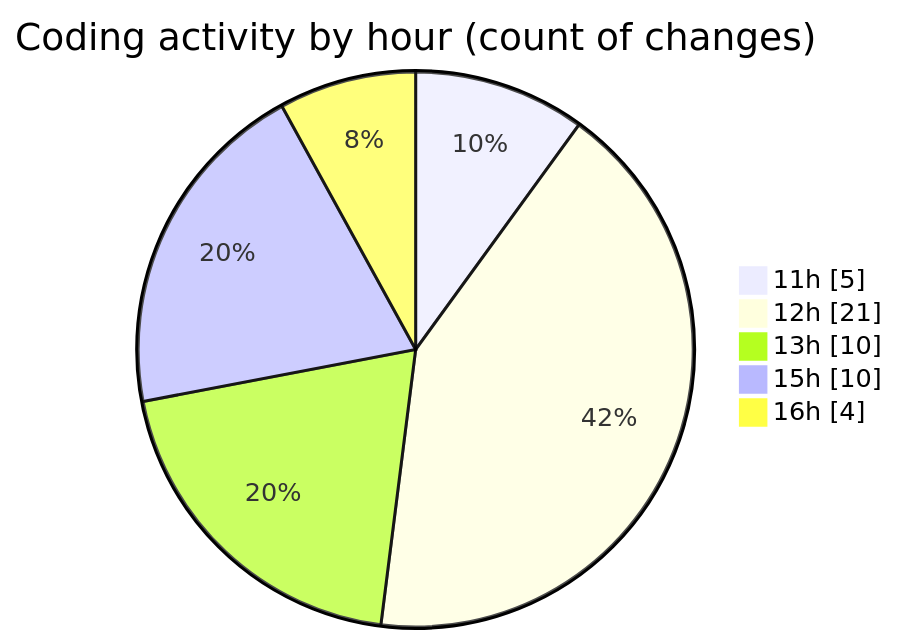
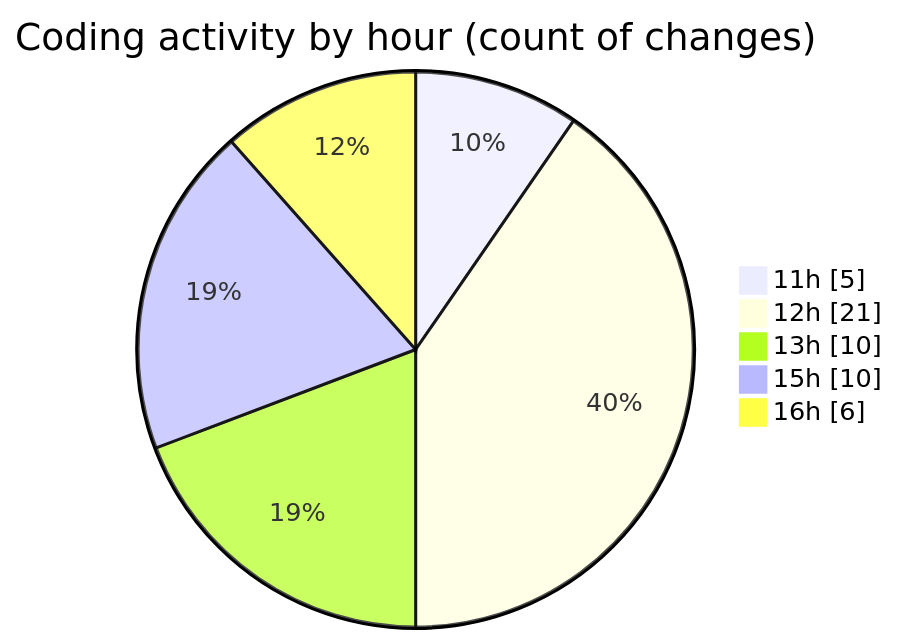
The second of 2 diagrams in 2025-03-11/projet_stage/README.md (Elitesun/code-tracking), drawn with Mermaid before and after one commit. The commit also changed other lines of this file and 1 other file, not shown here.

````diff
--- a/2025-03-11/projet_stage/README.md
+++ b/2025-03-11/projet_stage/README.md
@@ -39,9 +39,9 @@
 ```mermaid
 pie showData
 title Coding activity by hour (count of changes)
 "11h" : 5
 "12h" : 21
 "13h" : 10
 "15h" : 10
-"16h" : 4
+"16h" : 6
 ```
````
